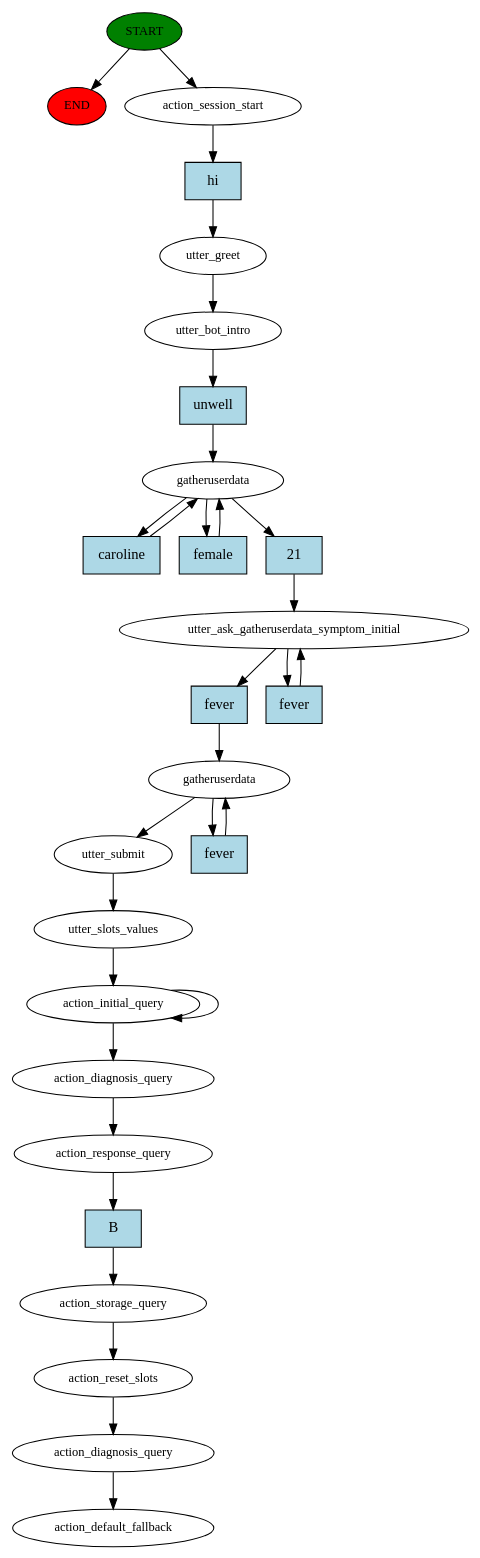
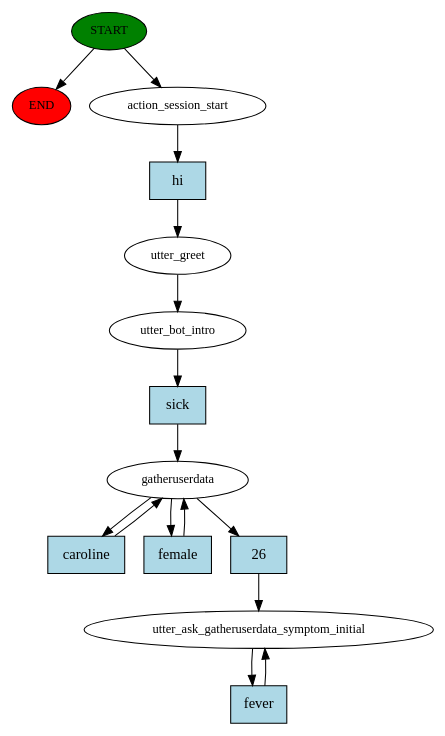
Before and after one commit to carolinebarra/HealthRasa_Bot: the diagram in story_graph.dot, drawn with Graphviz. The commit also changed 18 other files, not shown here.

```diff
--- a/story_graph.dot
+++ b/story_graph.dot
@@ -1,58 +1,30 @@
 digraph  {
 0 [class="start active", fillcolor=green, fontsize=12, label=START, style=filled];
 "-1" [class=end, fillcolor=red, fontsize=12, label=END, style=filled];
 1 [class=active, fontsize=12, label=action_session_start];
 2 [class=active, fontsize=12, label=utter_greet];
 3 [class=active, fontsize=12, label=utter_bot_intro];
 4 [class=active, fontsize=12, label=gatheruserdata];
-7 [class=active, fontsize=12, label=utter_ask_gatheruserdata_symptom_initial];
-9 [class=active, fontsize=12, label=gatheruserdata];
-11 [class=active, fontsize=12, label=utter_submit];
-12 [class=active, fontsize=12, label=utter_slots_values];
-13 [class=active, fontsize=12, label=action_initial_query];
-15 [class=active, fontsize=12, label=action_diagnosis_query];
-16 [class=active, fontsize=12, label=action_response_query];
-17 [class=active, fontsize=12, label=action_storage_query];
-18 [class=active, fontsize=12, label=action_reset_slots];
-19 [class=active, fontsize=12, label=action_diagnosis_query];
-20 [class="dashed active", fontsize=12, label=action_default_fallback];
-21 [class="intent active", fillcolor=lightblue, label=hi, shape=rect, style=filled];
-22 [class="intent active", fillcolor=lightblue, label=unwell, shape=rect, style=filled];
-23 [class="intent active", fillcolor=lightblue, label=caroline, shape=rect, style=filled];
-24 [class="intent active", fillcolor=lightblue, label=female, shape=rect, style=filled];
-25 [class="intent active", fillcolor=lightblue, label=21, shape=rect, style=filled];
-26 [class="intent active", fillcolor=lightblue, label=fever, shape=rect, style=filled];
-27 [class="intent active", fillcolor=lightblue, label=fever, shape=rect, style=filled];
-28 [class="intent active", fillcolor=lightblue, label=fever, shape=rect, style=filled];
-29 [class="intent active", fillcolor=lightblue, label=B, shape=rect, style=filled];
+7 [class="active dashed", fontsize=12, label=utter_ask_gatheruserdata_symptom_initial];
+9 [class="intent active", fillcolor=lightblue, label=hi, shape=rect, style=filled];
+10 [class="intent active", fillcolor=lightblue, label=sick, shape=rect, style=filled];
+11 [class="intent active", fillcolor=lightblue, label=caroline, shape=rect, style=filled];
+12 [class="intent active", fillcolor=lightblue, label=female, shape=rect, style=filled];
+13 [class="intent active", fillcolor=lightblue, label=26, shape=rect, style=filled];
+14 [class="intent active", fillcolor=lightblue, label=fever, shape=rect, style=filled];
 0 -> "-1"  [class="", key=NONE, label=""];
 0 -> 1  [class=active, key=NONE, label=""];
-1 -> 21  [class=active, key=0];
+1 -> 9  [class=active, key=0];
 2 -> 3  [class=active, key=NONE, label=""];
-3 -> 22  [class=active, key=0];
-4 -> 23  [class=active, key=0];
-4 -> 24  [class=active, key=0];
-4 -> 25  [class=active, key=0];
-7 -> 26  [class=active, key=0];
-7 -> 27  [class=active, key=0];
-9 -> 11  [class=active, key=NONE, label=""];
-9 -> 28  [class=active, key=0];
-11 -> 12  [class=active, key=NONE, label=""];
-12 -> 13  [class=active, key=NONE, label=""];
-13 -> 15  [class=active, key=NONE, label=""];
-13 -> 13  [class=active, key=NONE, label=""];
-15 -> 16  [class=active, key=NONE, label=""];
-16 -> 29  [class=active, key=0];
-17 -> 18  [class=active, key=NONE, label=""];
-18 -> 19  [class=active, key=NONE, label=""];
-19 -> 20  [class=active, key=NONE, label=""];
-21 -> 2  [class=active, key=0];
-22 -> 4  [class=active, key=0];
-23 -> 4  [class=active, key=0];
-24 -> 4  [class=active, key=0];
-25 -> 7  [class=active, key=0];
-26 -> 9  [class=active, key=0];
-27 -> 7  [class=active, key=0];
-28 -> 9  [class=active, key=0];
-29 -> 17  [class=active, key=0];
+3 -> 10  [class=active, key=0];
+4 -> 11  [class=active, key=0];
+4 -> 12  [class=active, key=0];
+4 -> 13  [class=active, key=0];
+7 -> 14  [class=active, key=0];
+9 -> 2  [class=active, key=0];
+10 -> 4  [class=active, key=0];
+11 -> 4  [class=active, key=0];
+12 -> 4  [class=active, key=0];
+13 -> 7  [class=active, key=0];
+14 -> 7  [class=active, key=0];
 }
```
